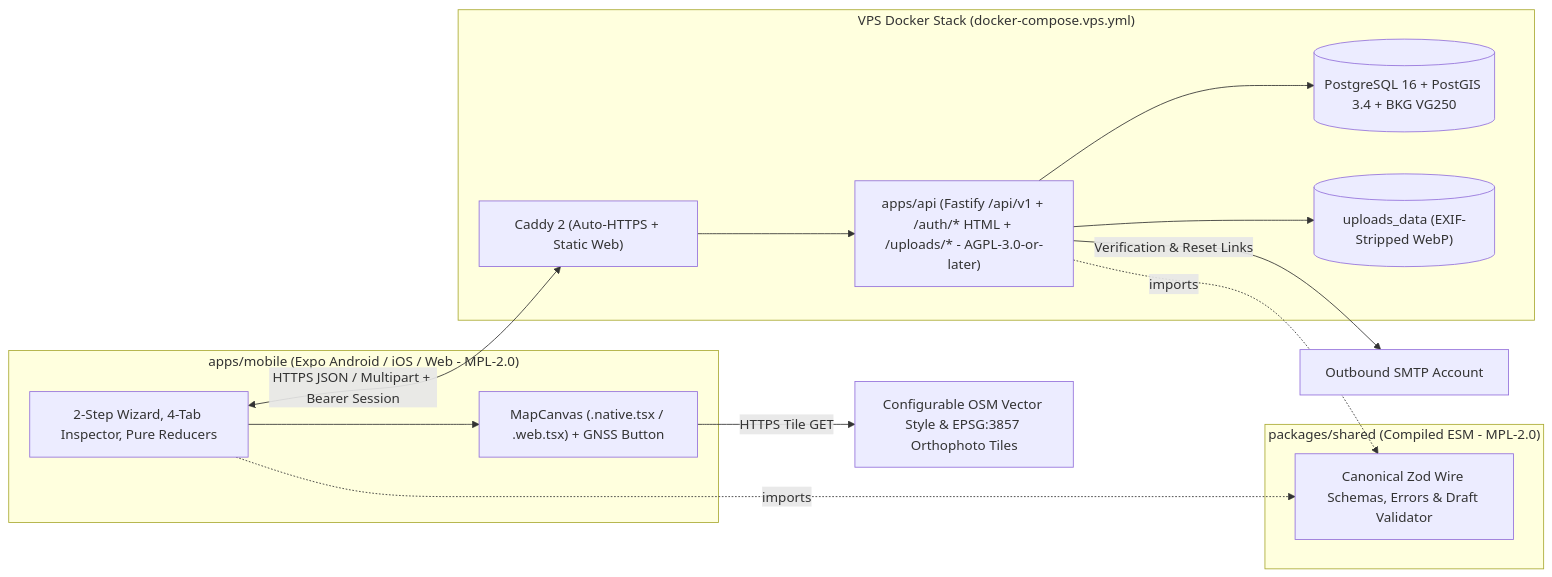
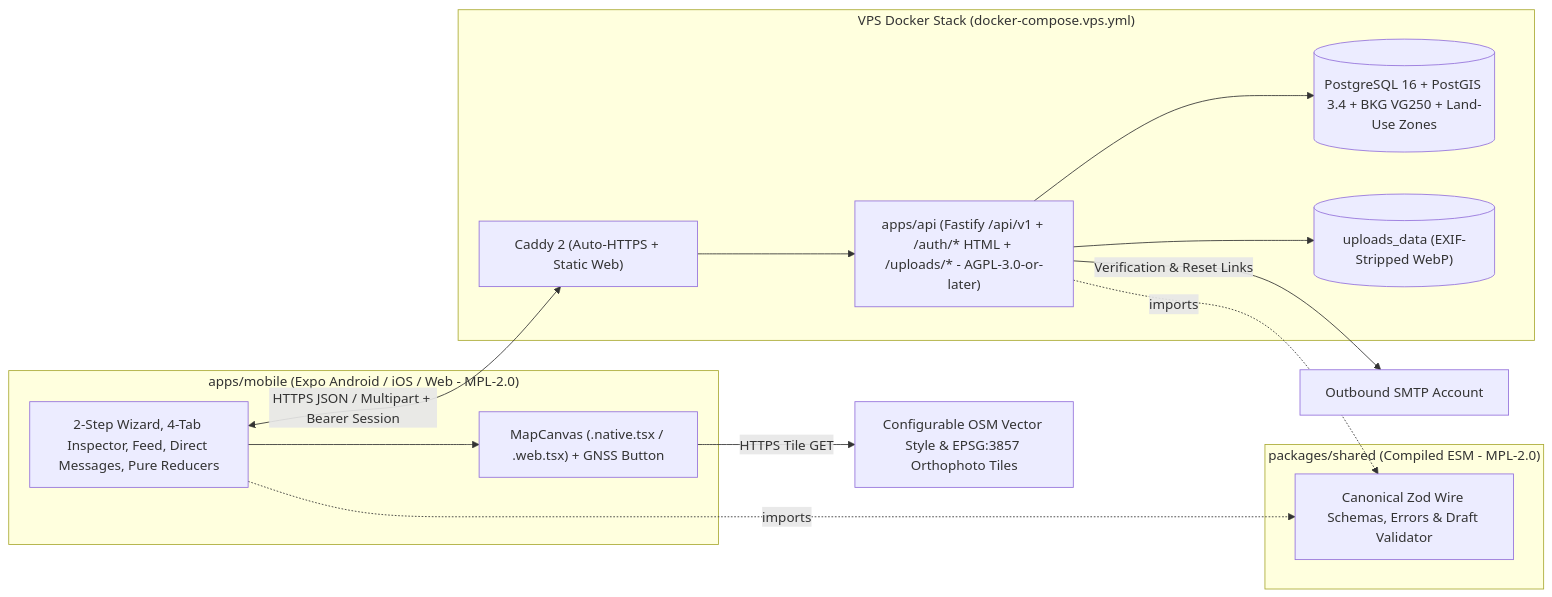
The diagram in README.md (severinbro/Unseal), drawn with Mermaid before and after one commit. The commit also changed other lines of this file and 85 other files, not shown here.

First line of the commit message:
feat(social): [preliminary feature, test] add public/private ground, feed and direct messages

````diff
--- a/README.md
+++ b/README.md
@@ -27,27 +34,27 @@
 ```mermaid
 flowchart LR
   subgraph Client["apps/mobile (Expo Android / iOS / Web - MPL-2.0)"]
-    UI["2-Step Wizard, 4-Tab Inspector, Pure Reducers"]
+    UI["2-Step Wizard, 4-Tab Inspector, Feed, Direct Messages, Pure Reducers"]
     MC["MapCanvas (.native.tsx / .web.tsx) + GNSS Button"]
     UI --> MC
   end
   subgraph Shared["packages/shared (Compiled ESM - MPL-2.0)"]
     ZOD["Canonical Zod Wire Schemas, Errors & Draft Validator"]
   end
   subgraph VPS["VPS Docker Stack (docker-compose.vps.yml)"]
     PROXY["Caddy 2 (Auto-HTTPS + Static Web)"]
     API["apps/api (Fastify /api/v1 + /auth/* HTML + /uploads/* - AGPL-3.0-or-later)"]
-    DB[("PostgreSQL 16 + PostGIS 3.4 + BKG VG250")]
+    DB[("PostgreSQL 16 + PostGIS 3.4 + BKG VG250 + Land-Use Zones")]
     VOL[("uploads_data (EXIF-Stripped WebP)")]
     PROXY --> API
     API --> DB
     API --> VOL
   end
   SMTP["Outbound SMTP Account"]
   Tiles["Configurable OSM Vector Style & EPSG:3857 Orthophoto Tiles"]
   UI -. imports .-> ZOD
   API -. imports .-> ZOD
   UI <-->|"HTTPS JSON / Multipart + Bearer Session"| PROXY
   API -->|"Verification & Reset Links"| SMTP
   MC -->|"HTTPS Tile GET"| Tiles
 ```
````
